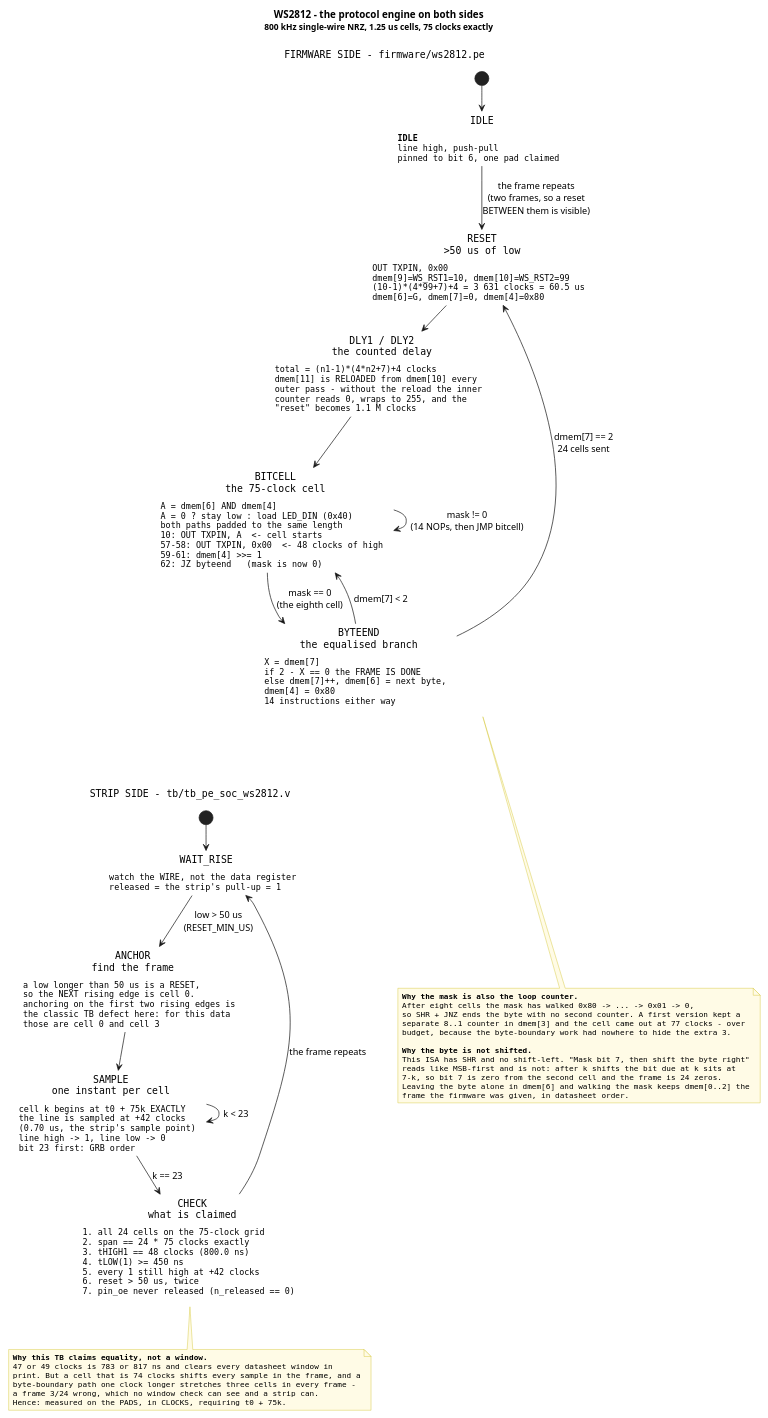
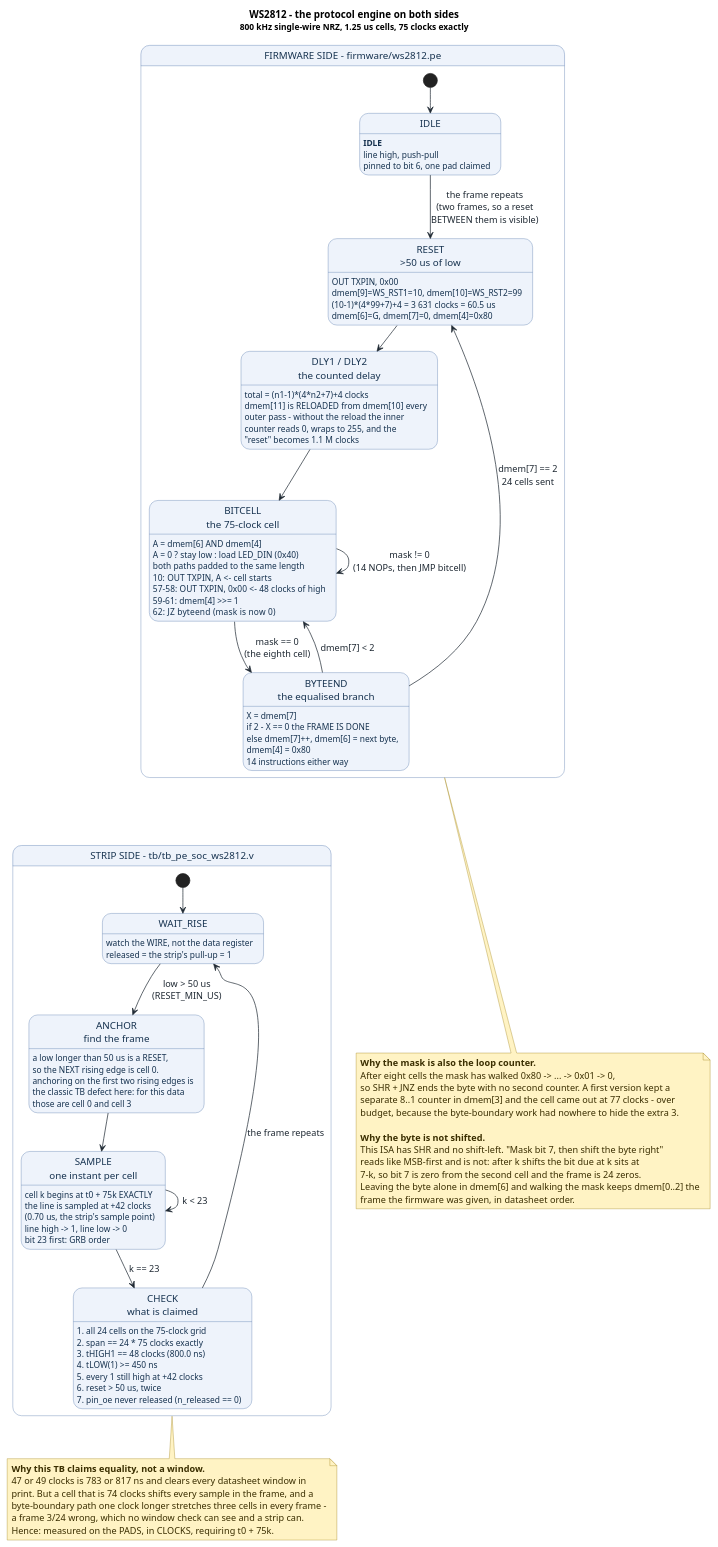
The diagram in diagrams/proto-ws2812.puml (smprather/janestreet-blog-serial-protocol-emulator), drawn with PlantUML before and after one commit. The commit also changed 70 other files, not shown here.

First line of the commit message:
diagrams: white-on-white -- 20 malformed hex codes were rendering as invisible arrows

```diff
--- a/diagrams/proto-ws2812.puml
+++ b/diagrams/proto-ws2812.puml
@@ -1,119 +1,132 @@
 @startuml proto-ws2812
+skinparam NoteBackgroundColor #FFF3C4
+skinparam NoteBorderColor #9A7B0A
+skinparam NoteFontColor #3A2E00
+skinparam state {
+  BackgroundColor #EEF3FB
+  BorderColor #4A6FA5
+  FontColor #16324F
+  ArrowColor #1F2933
+  ArrowFontColor #1F2933
+  BackgroundColor<<tx>>   #DCE9F8
+  BorderColor<<tx>>       #4A6FA5
+  FontColor<<tx>>         #16324F
+  BackgroundColor<<rx>>   #DCEEE0
+  BorderColor<<rx>>       #4A8A5C
+  FontColor<<rx>>         #17452A
+  BackgroundColor<<ack>>  #FFF3C4
+  BorderColor<<ack>>      #9A7B0A
+  FontColor<<ack>>        #3A2E00
+  BackgroundColor<<abort>> #F6D9D9
+  BorderColor<<abort>>    #B05050
+  FontColor<<abort>>      #6A2020
+  BackgroundColor<<box>>  #F0F3F7
+  BorderColor<<box>>      #6B7686
+  FontColor<<box>>        #1F2933
+}
 ' ===========================================================================
 ' proto-ws2812.puml - (a) the WS2812 protocol engine, as two state machines.
 '
 ' A WS2812 strip is a CLOCKLESS receiver: it samples the line at one instant
 ' in every 1.25 us cell and there is nothing on the wire to resynchronise to.
 ' So the protocol engine has to be modelled on BOTH sides at once - the
 ' firmware's emitter (firmware/ws2812.pe) and the testbench's strip decoder
 ' (tb/tb_pe_soc_ws2812.v) - because the only thing that makes the two agree is
 ' a set of numbers that both sides derive from the same 60 MHz grid.
 '
 ' THE 75-CLOCK CELL, from firmware/ws2812.pe bitcell:
 '   instr 1-9    select the level for this cell from the mask and the byte
 '   instr 10     OUT TXPIN, A    <- THE CELL STARTS ON THIS EDGE
 '   instr 11-56  46 NOPs          the high period
 '   instr 57-58  OUT TXPIN, 0x00  tHIGH1 = 48 clocks = 800.0 ns
 '   instr 59-61  mask >>= 1       0x80 -> 0x40 -> ... -> 0x01 -> 0
 '   instr 62     JZ byteend       a zero mask means the byte is done
 '   instr 63-77  14 pads + JMP, OR the 14-instruction byte-end path
 '   ---
 '   75 clocks = 1.25 us at 60 MHz, with NO remainder. The period is not a
 '   constant calibrated against a tick; it is the LENGTH OF THE CODE, because
 '   the core is single-cycle (rtl/pe_cpu.v: one instruction, one clock, no
 '   stalls, no pipeline bubbles).
 ' ===========================================================================
 
 title WS2812 - the protocol engine on both sides\n<font size=12>800 kHz single-wire NRZ, 1.25 us cells, 75 clocks exactly</font>
 
 hide empty description
 hide stereotype
 skinparam shadowing false
-skinparam state {
-  BackgroundColor White
-  BorderColor #33555
-  FontName monospaced
-}
-skinparam note {
-  BackgroundColor #FFFBE6
-  BorderColor #C8B800
-  FontName monospaced
-  FontSize 11
-}
-
 ' ---------------------------------------------------------------- EMITTER --
 state "FIRMWARE SIDE - firmware/ws2812.pe" as EMIT {
 
   [*] --> IDLE
   IDLE : <b>IDLE</b>\nline high, push-pull\npinned to bit 6, one pad claimed
 
   state "RESET\n>50 us of low" as RESET
   RESET : OUT TXPIN, 0x00\ndmem[9]=WS_RST1=10, dmem[10]=WS_RST2=99\n(10-1)*(4*99+7)+4 = 3 631 clocks = 60.5 us\ndmem[6]=G, dmem[7]=0, dmem[4]=0x80
 
   state "DLY1 / DLY2\nthe counted delay" as DLY
   DLY : total = (n1-1)*(4*n2+7)+4 clocks\ndmem[11] is RELOADED from dmem[10] every\nouter pass - without the reload the inner\ncounter reads 0, wraps to 255, and the\n"reset" becomes 1.1 M clocks
 
   state "BITCELL\nthe 75-clock cell" as CELL
   CELL : A = dmem[6] AND dmem[4]\nA = 0 ? stay low : load LED_DIN (0x40)\nboth paths padded to the same length\n10: OUT TXPIN, A  <- cell starts\n57-58: OUT TXPIN, 0x00  <- 48 clocks of high\n59-61: dmem[4] >>= 1\n62: JZ byteend   (mask is now 0)
 
   state "BYTEEND\nthe equalised branch" as BYTE
   BYTE : X = dmem[7]\nif 2 - X == 0 the FRAME IS DONE\nelse dmem[7]++, dmem[6] = next byte,\ndmem[4] = 0x80\n14 instructions either way
 
   IDLE --> RESET : the frame repeats\n(two frames, so a reset\nBETWEEN them is visible)
   RESET --> DLY
   DLY --> CELL
   CELL --> CELL : mask != 0\n(14 NOPs, then JMP bitcell)
   CELL --> BYTE : mask == 0\n(the eighth cell)
   BYTE --> CELL : dmem[7] < 2
   BYTE --> RESET : dmem[7] == 2\n24 cells sent
 }
 
 ' ---------------------------------------------------------------- DECODER --
 state "STRIP SIDE - tb/tb_pe_soc_ws2812.v" as DEC {
 
   [*] --> WAIT_RISE
   WAIT_RISE : watch the WIRE, not the data register\nreleased = the strip's pull-up = 1
 
   state "ANCHOR\nfind the frame" as ANCH
   ANCH : a low longer than 50 us is a RESET,\nso the NEXT rising edge is cell 0.\nanchoring on the first two rising edges is\nthe classic TB defect here: for this data\nthose are cell 0 and cell 3
 
   state "SAMPLE\none instant per cell" as SMP
   SMP : cell k begins at t0 + 75k EXACTLY\nthe line is sampled at +42 clocks\n(0.70 us, the strip's sample point)\nline high -> 1, line low -> 0\nbit 23 first: GRB order
 
   state "CHECK\nwhat is claimed" as CHK
   CHK : 1. all 24 cells on the 75-clock grid\n2. span == 24 * 75 clocks exactly\n3. tHIGH1 == 48 clocks (800.0 ns)\n4. tLOW(1) >= 450 ns\n5. every 1 still high at +42 clocks\n6. reset > 50 us, twice\n7. pin_oe never released (n_released == 0)
 
   WAIT_RISE --> ANCH : low > 50 us\n(RESET_MIN_US)
   ANCH --> SMP
   SMP --> SMP : k < 23
   SMP --> CHK : k == 23
   CHK --> WAIT_RISE : the frame repeats
 }
 
 EMIT -[#3A7,hidden]-> DEC : the SAME 60 MHz grid\n75 clocks = 1.25 us, no remainder
 
 note bottom of EMIT
   <b>Why the mask is also the loop counter.</b>
   After eight cells the mask has walked 0x80 -> ... -> 0x01 -> 0,
   so SHR + JNZ ends the byte with no second counter. A first version kept a
   separate 8..1 counter in dmem[3] and the cell came out at 77 clocks - over
   budget, because the byte-boundary work had nowhere to hide the extra 3.
 
   <b>Why the byte is not shifted.</b>
   This ISA has SHR and no shift-left. "Mask bit 7, then shift the byte right"
   reads like MSB-first and is not: after k shifts the bit due at k sits at
   7-k, so bit 7 is zero from the second cell and the frame is 24 zeros.
   Leaving the byte alone in dmem[6] and walking the mask keeps dmem[0..2] the
   frame the firmware was given, in datasheet order.
 end note
 
 note bottom of DEC
   <b>Why this TB claims equality, not a window.</b>
   47 or 49 clocks is 783 or 817 ns and clears every datasheet window in
   print. But a cell that is 74 clocks shifts every sample in the frame, and a
   byte-boundary path one clock longer stretches three cells in every frame -
   a frame 3/24 wrong, which no window check can see and a strip can.
   Hence: measured on the PADS, in CLOCKS, requiring t0 + 75k.
 end note
 
 @enduml
```
